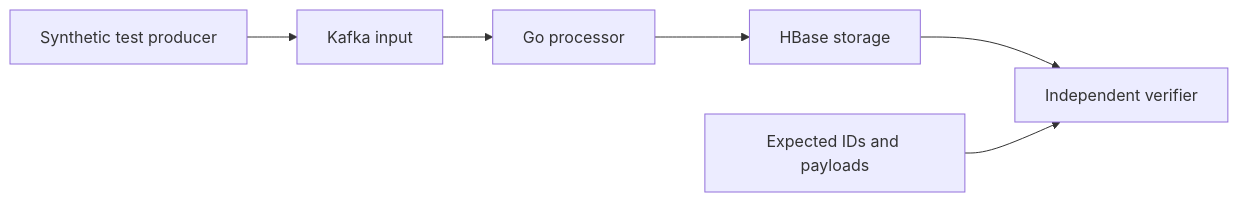
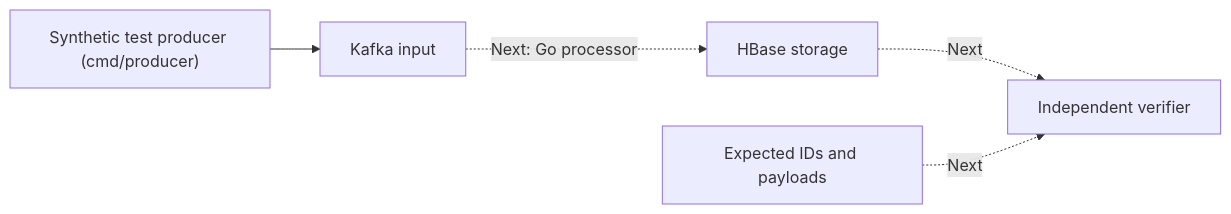
Before and after one commit to manujkathuria/go-kafka-hbase: the diagram in README.md, drawn with Mermaid. The commit also changed other lines of this file and 8 other files, not shown here.

Commit message:
feat: implement timed maximum-speed Kafka producer

````diff
--- a/README.md
+++ b/README.md
@@ -11,8 +10,7 @@
 ```mermaid
 flowchart LR
-    SOURCE["Synthetic test producer"] --> K["Kafka input"]
-    K --> GO["Go processor"]
-    GO --> H["HBase storage"]
-    H --> V["Independent verifier"]
-    EXPECTED["Expected IDs and payloads"] --> V
+    SOURCE["Synthetic test producer (cmd/producer)"] --> K["Kafka input"]
+    K -. "Next: Go processor" .-> H["HBase storage"]
+    H -. "Next" .-> V["Independent verifier"]
+    EXPECTED["Expected IDs and payloads"] -. "Next" .-> V
 ```
````
